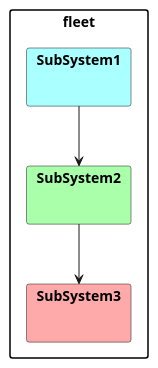
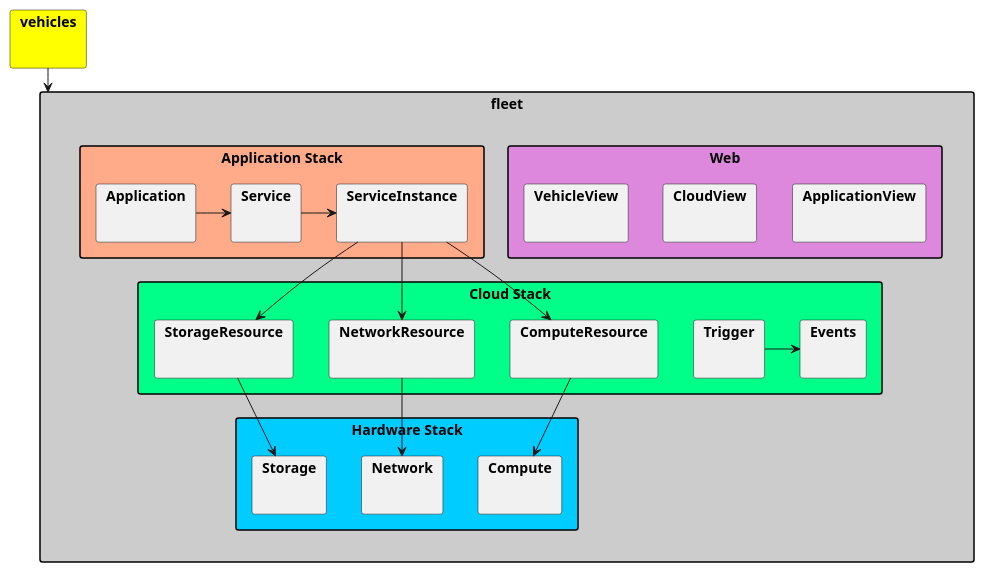
Before and after one commit to madajaju/fleet: the diagram in docs/Architecture.puml, drawn with PlantUML. The commit also changed 5 other files, not shown here.

```diff
--- a/docs/Architecture.puml
+++ b/docs/Architecture.puml
@@ -1,18 +1,59 @@
 @startuml
 
 skinparam packageStyle rect
 
-package fleet {
-package "SubSystem1" #aaffff {
+package vehicles #ffff00 {
 }
-package "SubSystem2" #aaffaa {
-}
-package "SubSystem3" #ffaaaa {
-}
+package fleet #cccccc {
+    package "Web" #dd88dd {
+      package ApplicationView {
+      }
+      package CloudView {
+      }
+      package VehicleView {
+      }
+    }
+    package "Application Stack" #ffaa88 {
+      package Application {
+      }
+      package Service {
+      }
+      package ServiceInstance {
+      }
+      Application -> Service
+      Service -> ServiceInstance
+    }
+    package "Cloud Stack" #00ff88 {
+      package ComputeResource {
+      }
+      package NetworkResource {
+      }
+      package StorageResource {
+      }
+      package Events {
+      }
+      package Trigger {
+      }
+      Trigger -> Events
+    }
+    package "Hardware Stack" #00ccff {
+      package Compute {
+      }
+      package Network {
+      }
+      package Storage {
+      }
+    }
 }
 
-SubSystem1 --> SubSystem2
-SubSystem2 --> SubSystem3
+ServiceInstance --> StorageResource
+ServiceInstance --> ComputeResource
+ServiceInstance --> NetworkResource
+
+StorageResource --> Storage
+ComputeResource --> Compute
+NetworkResource --> Network
+vehicles --> fleet
 
 
 @enduml
```
